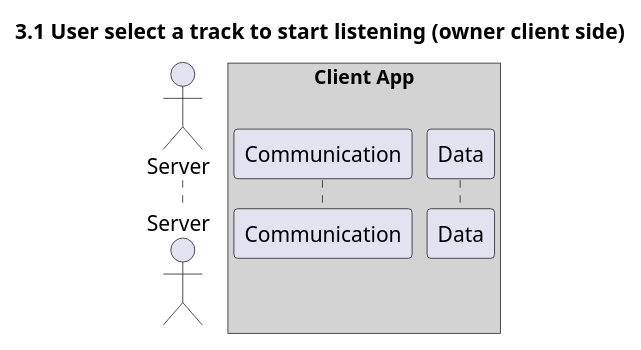
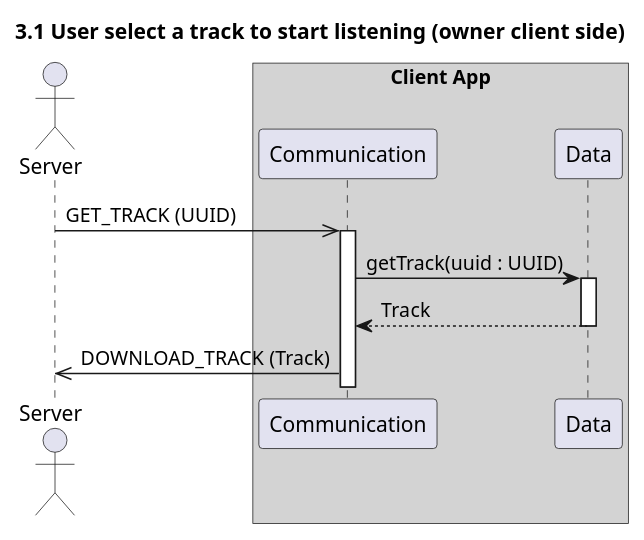
Before and after one commit to UTCAI12/Diagrams: the diagram in sequence/3.1.listen_music_owner.puml, drawn with PlantUML. The commit also changed 2 other files, not shown here.

Commit message:
missing diagrams

```diff
--- a/sequence/3.1.listen_music_owner.puml
+++ b/sequence/3.1.listen_music_owner.puml
@@ -1,10 +1,15 @@
 @startuml 3.1 User select a track to start listening (owner client side)
 title 3.1 User select a track to start listening (owner client side)
 
-actor "Server" as Server
+actor "Server" as server
 box "Client App" #LightGray
     participant "Communication" as com
     participant "Data" as data
 end box
 
+server ->> com++: GET_TRACK (UUID)
+com->data++: getTrack(uuid : UUID)
+return Track
+com->>server: DOWNLOAD_TRACK (Track) 
+
 @enduml
```
